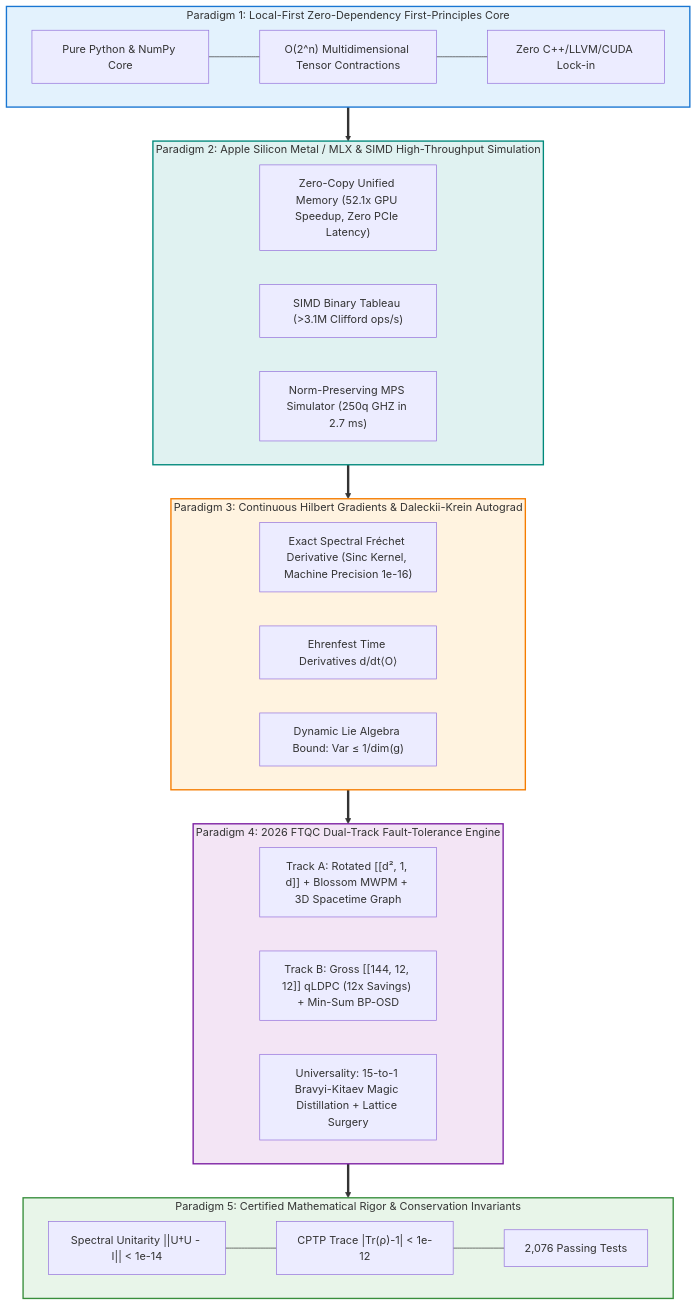
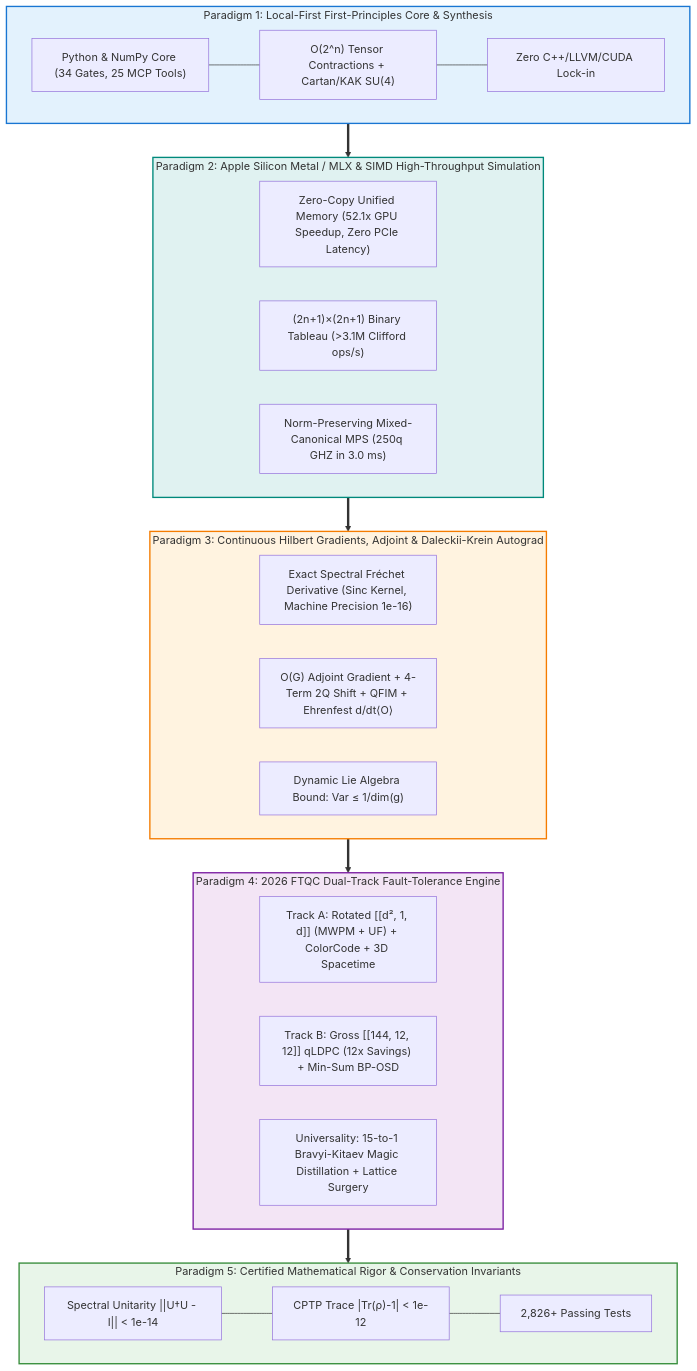
One commit to ONMARTECH/quanta-sdk changed the first of 4 diagrams in docs/papers/quanta_framework_paper.md. Above: the diagram before and after it, drawn with Mermaid. The commit also changed other lines of this file and 24 other files, not shown here.

Commit message:
docs(papers,theory,arch): enforce scientific demarcation, fix DOIs & code snippets, sync 34 gates and 25 MCP tools

````diff
--- a/docs/papers/quanta_framework_paper.md
+++ b/docs/papers/quanta_framework_paper.md
@@ -66,32 +65,32 @@
 ```mermaid
 flowchart TD
     subgraph L5["Paradigm 5: Certified Mathematical Rigor & Conservation Invariants"]
-        R1["Spectral Unitarity ||U†U - I|| < 1e-14"] --- R2["CPTP Trace |Tr(ρ)-1| < 1e-12"] --- R3["2,076 Passing Tests"]
+        R1["Spectral Unitarity ||U†U - I|| < 1e-14"] --- R2["CPTP Trace |Tr(ρ)-1| < 1e-12"] --- R3["2,826+ Passing Tests"]
     end
     subgraph L4["Paradigm 4: 2026 FTQC Dual-Track Fault-Tolerance Engine"]
-        TA["Track A: Rotated [[d², 1, d]] + Blossom MWPM + 3D Spacetime Graph"]
+        TA["Track A: Rotated [[d², 1, d]] (MWPM + UF) + ColorCode + 3D Spacetime"]
         TB["Track B: Gross [[144, 12, 12]] qLDPC (12x Savings) + Min-Sum BP-OSD"]
         TU["Universality: 15-to-1 Bravyi-Kitaev Magic Distillation + Lattice Surgery"]
     end
-    subgraph L3["Paradigm 3: Continuous Hilbert Gradients & Daleckii-Krein Autograd"]
+    subgraph L3["Paradigm 3: Continuous Hilbert Gradients, Adjoint & Daleckii-Krein Autograd"]
         DK["Exact Spectral Fréchet Derivative (Sinc Kernel, Machine Precision 1e-16)"]
-        EF["Ehrenfest Time Derivatives d/dt⟨O⟩"]
+        EF["O(G) Adjoint Gradient + 4-Term 2Q Shift + QFIM + Ehrenfest d/dt⟨O⟩"]
         DLA["Dynamic Lie Algebra Bound: Var ≤ 1/dim(g)"]
     end
     subgraph L2["Paradigm 2: Apple Silicon Metal / MLX & SIMD High-Throughput Simulation"]
         UMA["Zero-Copy Unified Memory (52.1x GPU Speedup, Zero PCIe Latency)"]
-        SIMD["SIMD Binary Tableau (>3.1M Clifford ops/s)"]
-        MPS["Norm-Preserving MPS Simulator (250q GHZ in 2.7 ms)"]
+        SIMD["(2n+1)×(2n+1) Binary Tableau (>3.1M Clifford ops/s)"]
+        MPS["Norm-Preserving Mixed-Canonical MPS (250q GHZ in 3.0 ms)"]
     end
-    subgraph L1["Paradigm 1: Local-First Zero-Dependency First-Principles Core"]
-        PY["Pure Python & NumPy Core"] --- TC["O(2^n) Multidimensional Tensor Contractions"] --- NO["Zero C++/LLVM/CUDA Lock-in"]
+    subgraph L1["Paradigm 1: Local-First First-Principles Core & Synthesis"]
+        PY["Python & NumPy Core (34 Gates, 25 MCP Tools)"] --- TC["O(2^n) Tensor Contractions + Cartan/KAK SU(4)"] --- NO["Zero C++/LLVM/CUDA Lock-in"]
     end
 
     L1 ==> L2 ==> L3 ==> L4 ==> L5
 
     style L1 fill:#e3f2fd,stroke:#1976d2,stroke-width:2px
     style L2 fill:#e0f2f1,stroke:#00897b,stroke-width:2px
     style L3 fill:#fff3e0,stroke:#f57c00,stroke-width:2px
     style L4 fill:#f3e5f5,stroke:#7b1fa2,stroke-width:2px
     style L5 fill:#e8f5e9,stroke:#388e3c,stroke-width:2px
 ```
````
